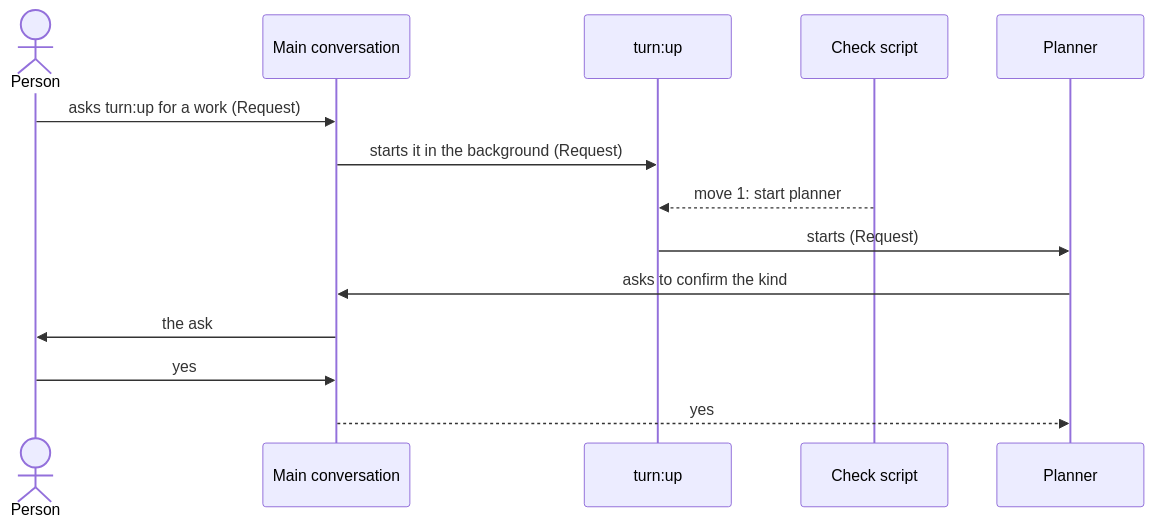
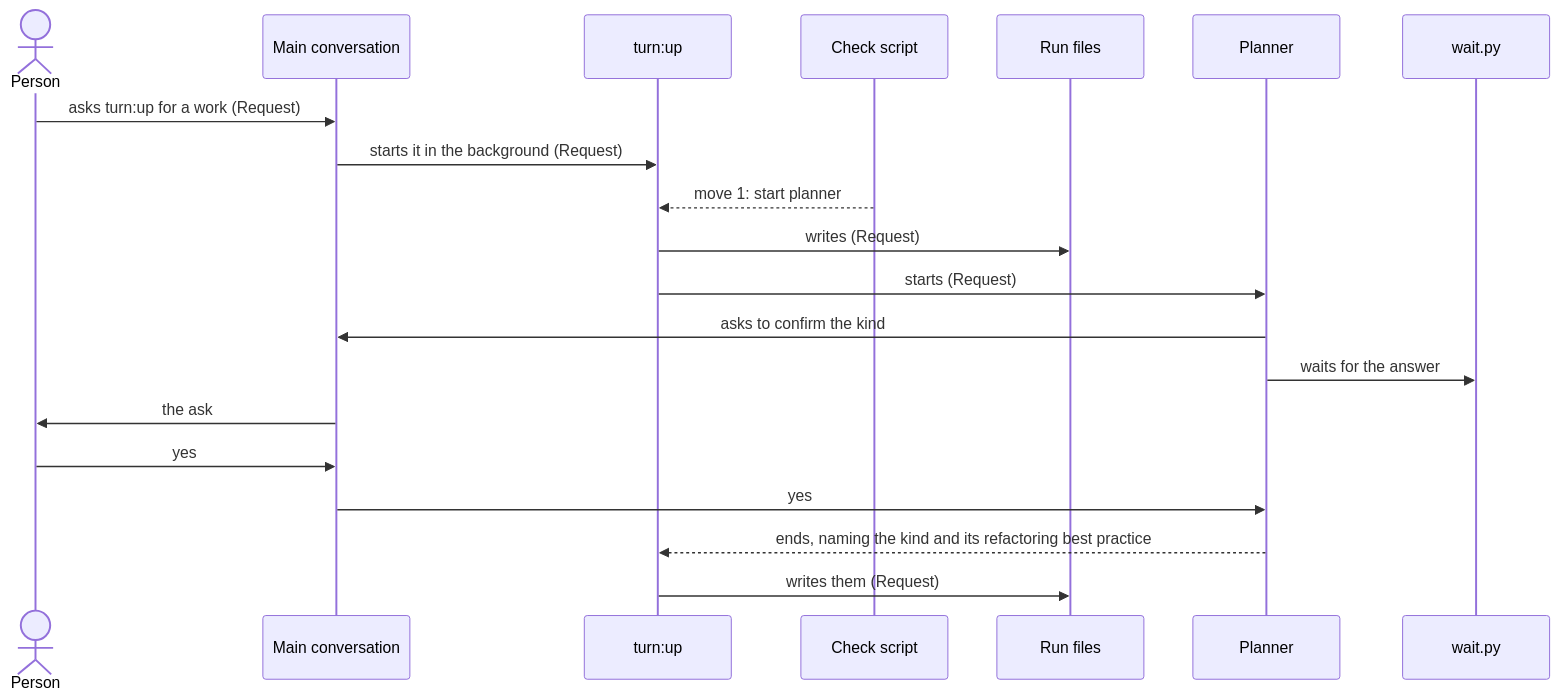
The first of 5 diagrams in dev/turn/architecture.md (lovaizu/ccpm), drawn with Mermaid before and after one commit. The commit also changed other lines of this file and 5 other files, not shown here.

First line of the commit message:
turn's architecture made again by architecture's best practice from turn-rebuild.md, the new UX and README: four roles in two phases moved by lane's flow of six positions, the run's files and data model, and each departure from the plugin architecture with its reason

````diff
--- a/dev/turn/architecture.md
+++ b/dev/turn/architecture.md
@@ -163,16 +223,22 @@
 ```mermaid
 sequenceDiagram
   actor P as Person
   participant M as Main conversation
   participant U as turn:up
-  participant G as Check script
+  participant L as Check script
+  participant R as Run files
   participant PL as Planner
+  participant W as wait.py
   P->>M: asks turn:up for a work (Request)
   M->>U: starts it in the background (Request)
-  G-->>U: move 1: start planner
+  L-->>U: move 1: start planner
+  U->>R: writes (Request)
   U->>PL: starts (Request)
   PL->>M: asks to confirm the kind
+  PL->>W: waits for the answer
   M->>P: the ask
   P->>M: yes
-  M-->>PL: yes
+  M->>PL: yes
+  PL-->>U: ends, naming the kind and its refactoring best practice
+  U->>R: writes them (Request)
 ```
````
